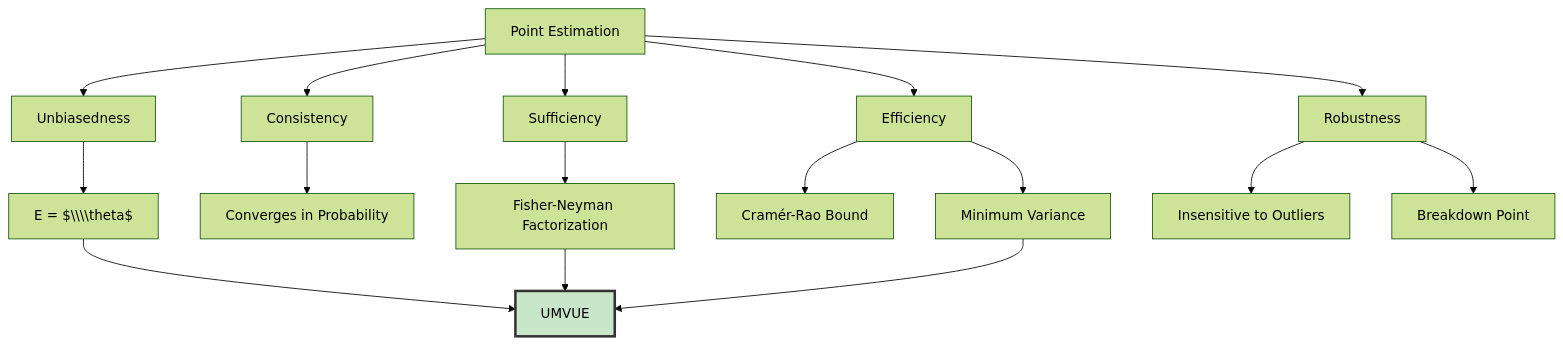
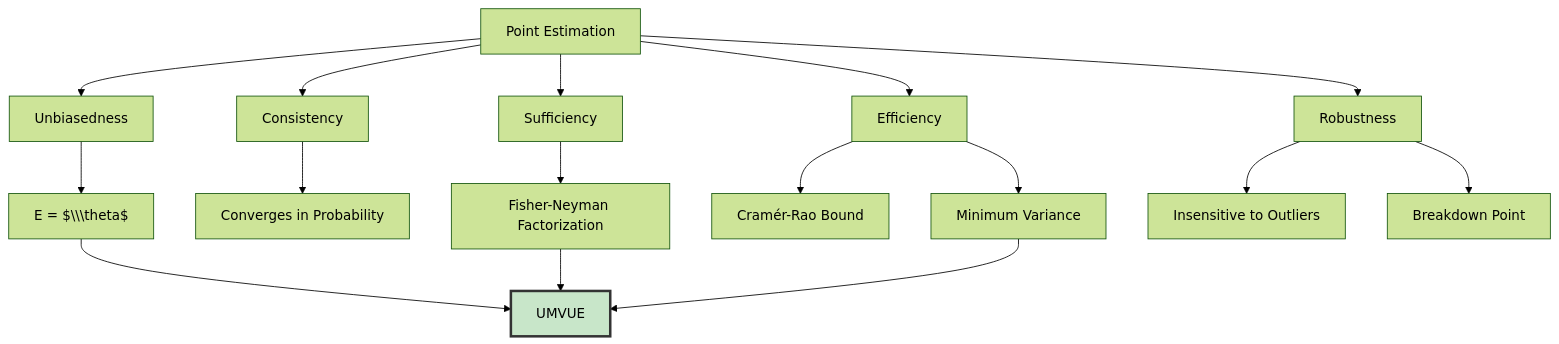
One commit to Balasubramanian-pg/MSC.-Data-Science-AI changed diagram 12 of 13 in Trimester 1/Statistical Modelling & Inferencing/W02 - Introduction to Statistical Inference/L1/Art of Sampling.md. Above: the diagram before and after it, drawn with Mermaid (forest theme). The commit also changed other lines of this file, not shown here.

````diff
--- a/Trimester 1/Statistical Modelling & Inferencing/W02 - Introduction to Statistical Inference/L1/Art of Sampling.md
+++ b/Trimester 1/Statistical Modelling & Inferencing/W02 - Introduction to Statistical Inference/L1/Art of Sampling.md
@@ -1326,19 +1326,19 @@
 ```mermaid
 graph TD
     A[Point Estimation] --> B[Unbiasedness]
     A --> C[Consistency]
     A --> D[Efficiency]
     A --> E[Sufficiency]
     A --> F[Robustness]
-    B --> B1[E = $\\\\theta$]
+    B --> B1[E = $\\\theta$]
     C --> C1[Converges in Probability]
     D --> D1[Minimum Variance]
     D --> D2[Cramér-Rao Bound]
     E --> E1[Fisher-Neyman Factorization]
     F --> F1[Insensitive to Outliers]
     F --> F2[Breakdown Point]
     B1 --> G[UMVUE]
     E1 --> G
     D1 --> G
     style G fill:#c8e6c9,stroke:#333,stroke-width:3px
 ```
````
